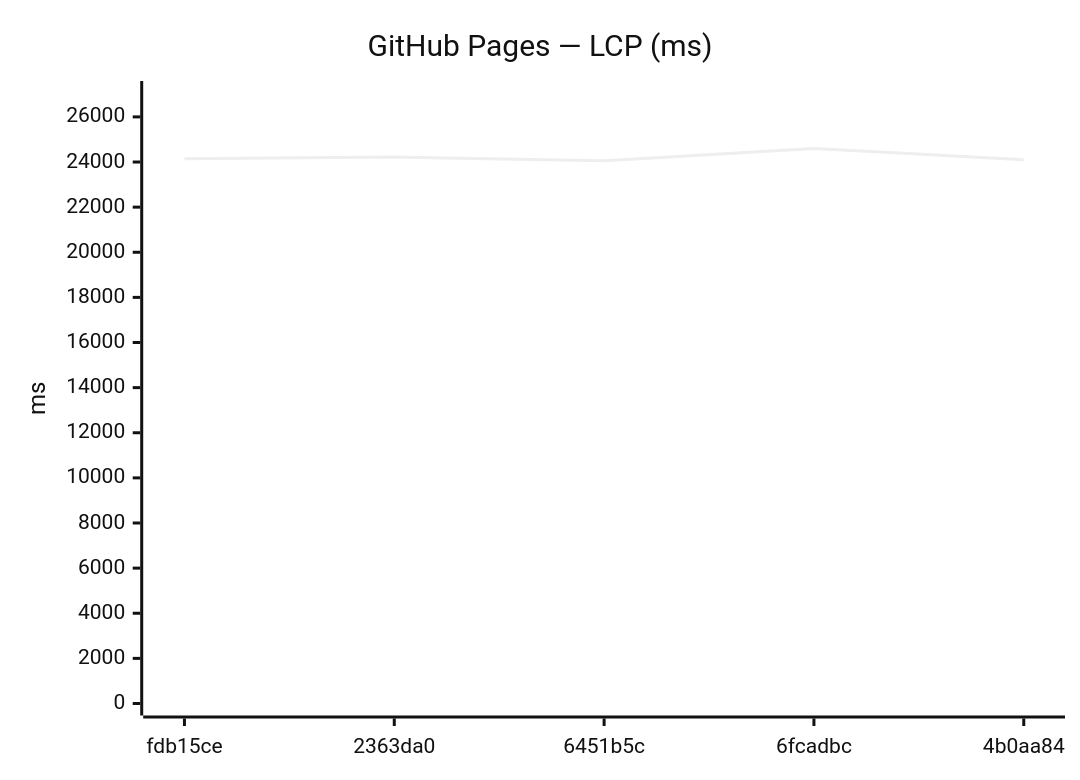
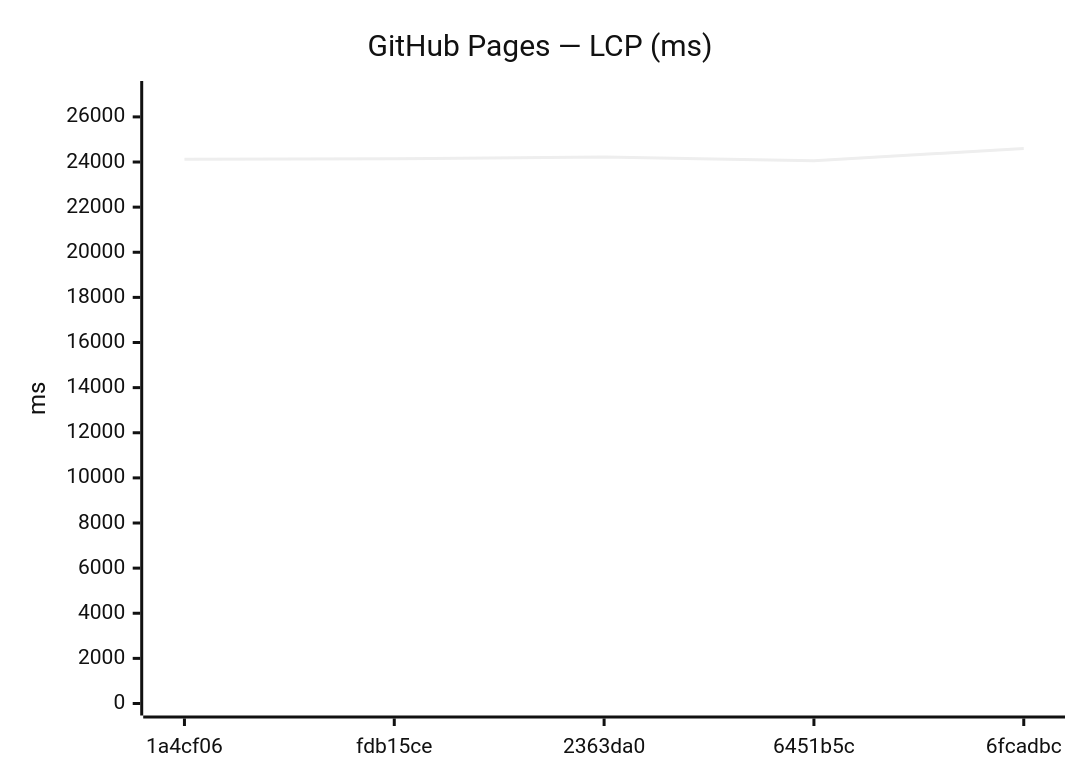
One commit to Metaheurist/Rianell changed the seventh of 12 diagrams in benchmarks/compare.md. Above: the diagram before and after it, drawn with Mermaid (neutral theme). The commit also changed other lines of this file and 8 other files, not shown here.

````diff
--- a/benchmarks/compare.md
+++ b/benchmarks/compare.md
@@ -107,7 +107,7 @@
 ```mermaid
 xychart-beta
     title "GitHub Pages — LCP (ms)"
-    x-axis ["fdb15ce", "2363da0", "6451b5c", "6fcadbc", "4b0aa84"]
+    x-axis ["1a4cf06", "fdb15ce", "2363da0", "6451b5c", "6fcadbc"]
     y-axis "ms" 0 --> 27059
-    line [24144, 24218, 24056, 24599, 24101]
+    line [24125, 24144, 24218, 24056, 24599]
 ```
````
